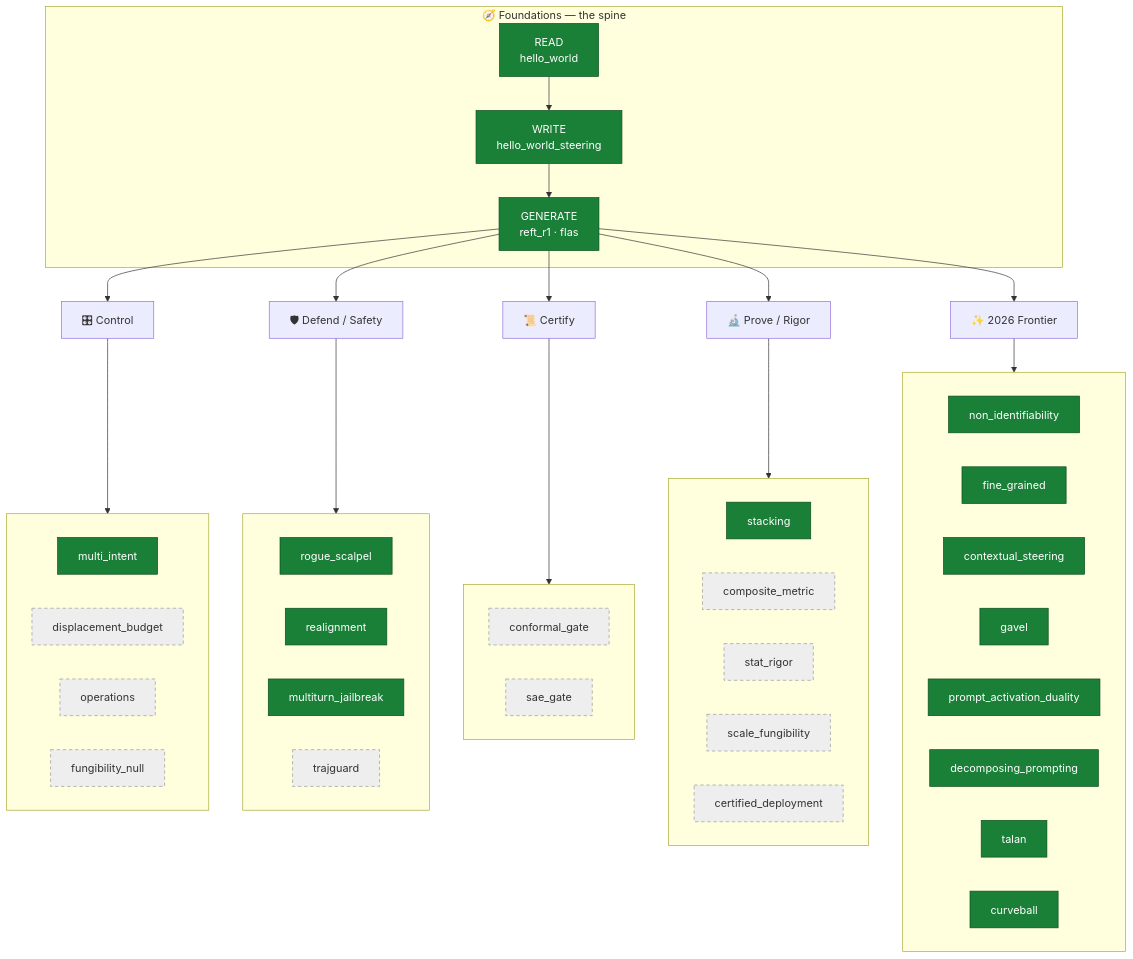
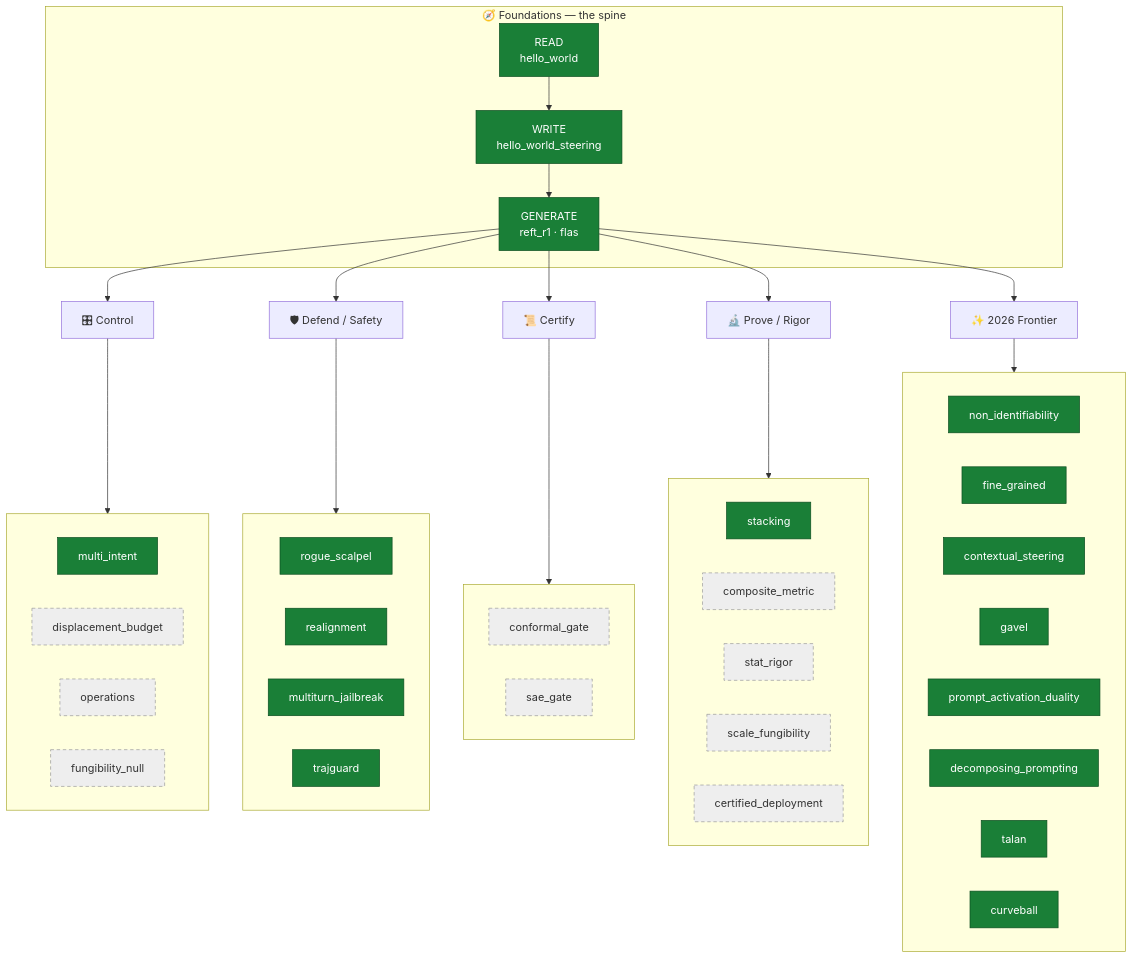
Before and after one commit to dlmastery/steeringresearch: the first of 2 diagrams in steering_tutorials/README.md, drawn with Mermaid. The commit also changed other lines of this file, not shown here.

Commit message:
README: trajguard built+validated in DEFEND stream + honest-results row
Course map: trajguard -> built+validated in the Defend table, mermaid DEF cluster
(+click link), and the honest-results strongest rows (streaming detection flags the
jailbreak at AUC 0.91 from the first 2 generated tokens; the honest twist that
per-token already wins under active generation -- trajectory helps most when chunks
look benign). The trajectory-detection pair (turn-level multiturn_jailbreak +
token-level trajguard) is now complete.

````diff
--- a/steering_tutorials/README.md
+++ b/steering_tutorials/README.md
@@ -29,78 +29,79 @@
 ```mermaid
 flowchart TD
     subgraph FOUND["🧭 Foundations — the spine"]
         R["READ<br/>hello_world"]:::built
         W["WRITE<br/>hello_world_steering"]:::built
         G["GENERATE<br/>reft_r1 · flas"]:::built
         R --> W --> G
     end
 
     G --> CTRL["🎛 Control"]
     G --> DEF["🛡 Defend / Safety"]
     G --> CERT["📜 Certify"]
     G --> PROVE["🔬 Prove / Rigor"]
     G --> FRONT["✨ 2026 Frontier"]
 
     subgraph CTRL_S[" "]
         C1["multi_intent"]:::built
         C2["displacement_budget"]:::plan
         C3["operations"]:::plan
         C4["fungibility_null"]:::plan
     end
     CTRL --> CTRL_S
 
     subgraph DEF_S[" "]
         D1["rogue_scalpel"]:::built
         D2["realignment"]:::built
         D3["multiturn_jailbreak"]:::built
-        D4["trajguard"]:::plan
+        D4["trajguard"]:::built
     end
     DEF --> DEF_S
 
     subgraph CERT_S[" "]
         E1["conformal_gate"]:::plan
         E2["sae_gate"]:::plan
     end
     CERT --> CERT_S
 
     subgraph PROVE_S[" "]
         P1["stacking"]:::built
         P2["composite_metric"]:::plan
         P3["stat_rigor"]:::plan
         P4["scale_fungibility"]:::plan
         P5["certified_deployment"]:::plan
     end
     PROVE --> PROVE_S
 
     subgraph FRONT_S[" "]
         F1["non_identifiability"]:::built
         F2["fine_grained"]:::built
         F3["contextual_steering"]:::built
         F4["gavel"]:::built
         F5["prompt_activation_duality"]:::built
         F6["decomposing_prompting"]:::built
         F7["talan"]:::built
         F8["curveball"]:::built
     end
     FRONT --> FRONT_S
 
     classDef built fill:#1a7f37,stroke:#0b4d1f,color:#fff;
     classDef plan fill:#eee,stroke:#999,color:#333,stroke-dasharray:5 4;
 
     click R "hello_world/README.md"
     click W "hello_world_steering/README.md"
     click G "reft_r1/README.md"
     click C1 "multi_intent/README.md"
     click D1 "rogue_scalpel/README.md"
     click D2 "realignment/README.md"
     click D3 "multiturn_jailbreak/README.md"
+    click D4 "trajguard/README.md"
     click P1 "stacking/README.md"
     click F1 "non_identifiability/README.md"
     click F2 "fine_grained/README.md"
     click F3 "contextual_steering/README.md"
     click F4 "gavel/README.md"
     click F5 "prompt_activation_duality/README.md"
     click F6 "decomposing_prompting/README.md"
     click F7 "talan/README.md"
     click F8 "curveball/README.md"
 ```
````
